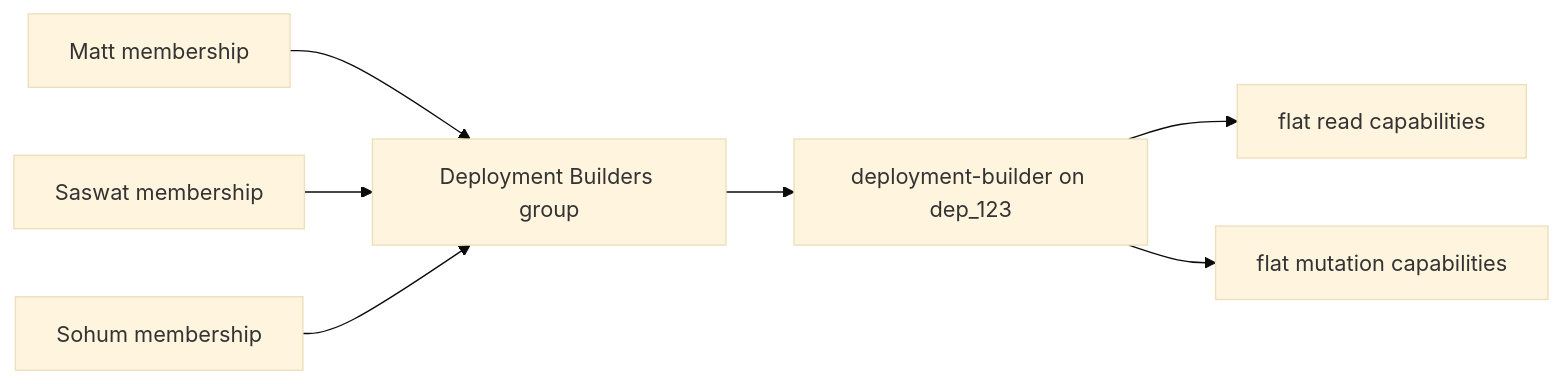
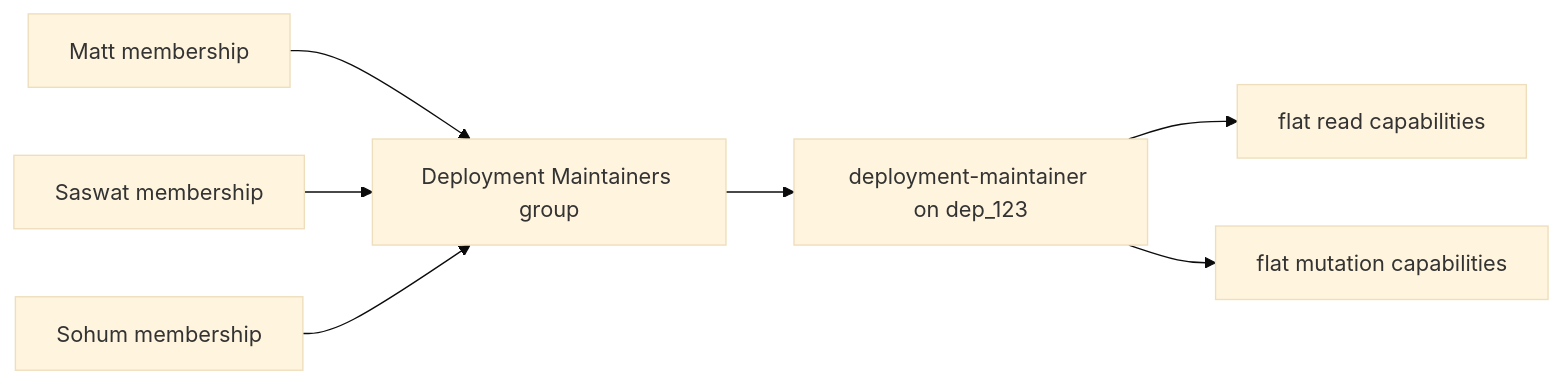
One commit to astropods/astro-cli changed the first of 5 diagrams in docs/01-spec/deployment-fgac-rollout.md. Above: the diagram before and after it, drawn with Mermaid (base theme). The commit also changed other lines of this file and 18 other files, not shown here.

````diff
--- a/docs/01-spec/deployment-fgac-rollout.md
+++ b/docs/01-spec/deployment-fgac-rollout.md
@@ -52,9 +53,9 @@
 ```mermaid
 flowchart LR
-    Matt["Matt membership"] --> Group["Deployment Builders group"]
+    Matt["Matt membership"] --> Group["Deployment Maintainers group"]
     Saswat["Saswat membership"] --> Group
     Sohum["Sohum membership"] --> Group
-    Group --> Assignment["deployment-builder on dep_123"]
+    Group --> Assignment["deployment-maintainer on dep_123"]
     Assignment --> Read["flat read capabilities"]
     Assignment --> Edit["flat mutation capabilities"]
 ```
````
